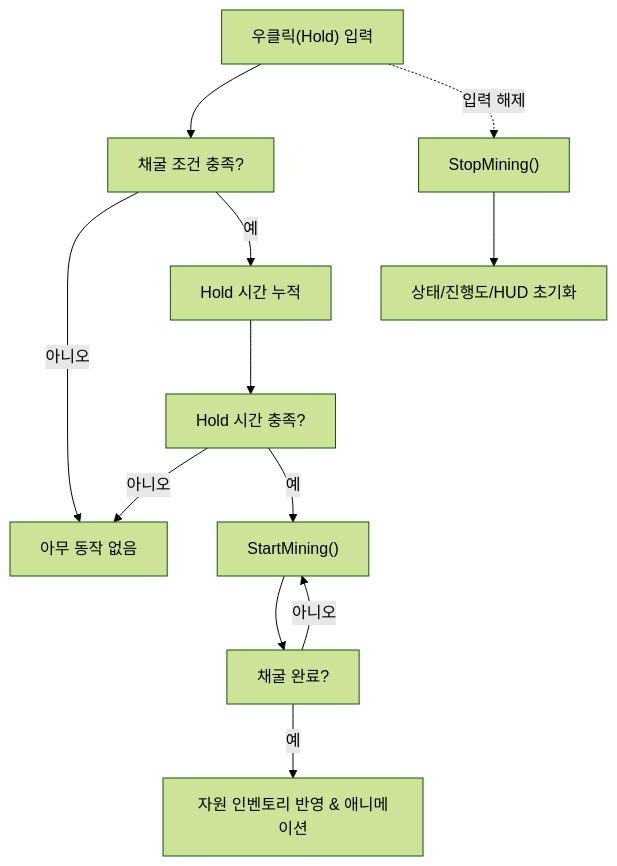
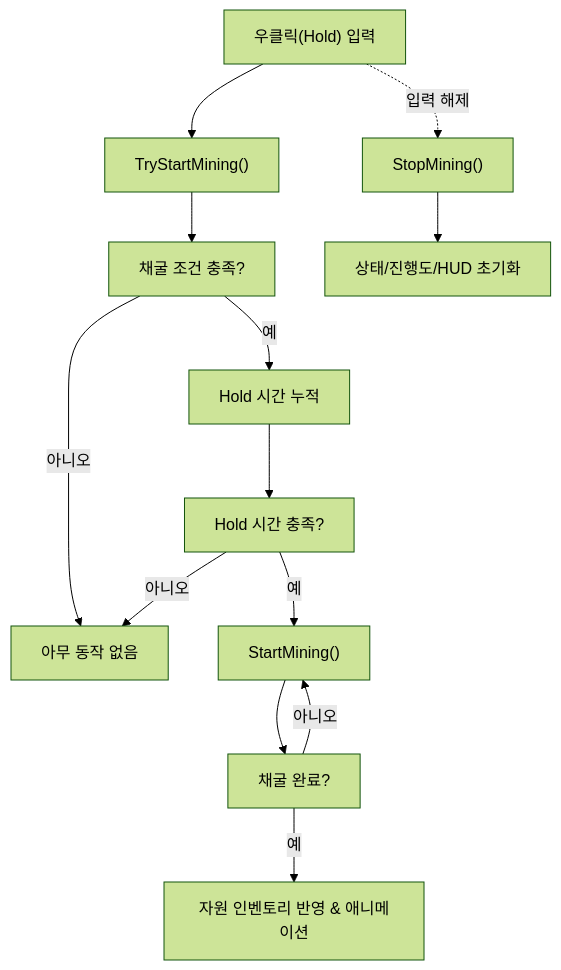
Before and after one commit to WJMcode/MBFactorio: the diagram in README.md, drawn with Mermaid (forest theme). The commit also changed other lines of this file, not shown here.

````diff
--- a/README.md
+++ b/README.md
@@ -305,14 +277,15 @@
 ```mermaid
 flowchart TD
-    S["우클릭(Hold) 입력"] --> A["채굴 조건 충족?"]
+    S["우클릭(Hold) 입력"] --> T["TryStartMining()"]
+    T --> A["채굴 조건 충족?"]
     A -- "아니오" --> E["아무 동작 없음"]
     A -- "예" --> B["Hold 시간 누적"]
     B --> C["Hold 시간 충족?"]
     C -- "아니오" --> E
     C -- "예" --> D["StartMining()"]
     D --> F["채굴 완료?"]
     F -- "아니오" --> D
     F -- "예" --> G["자원 인벤토리 반영 & 애니메이션"]
     S -. "입력 해제" .-> H["StopMining()"]
     H --> I["상태/진행도/HUD 초기화"]
 ```
````
